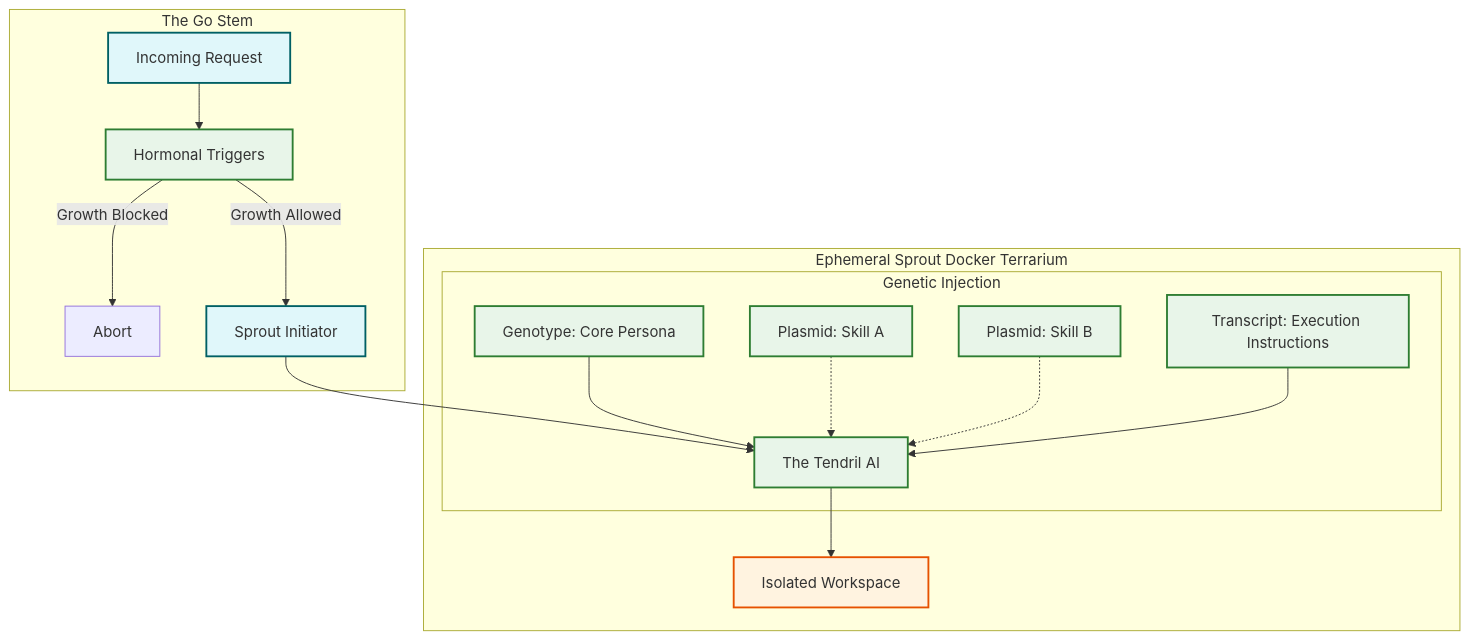
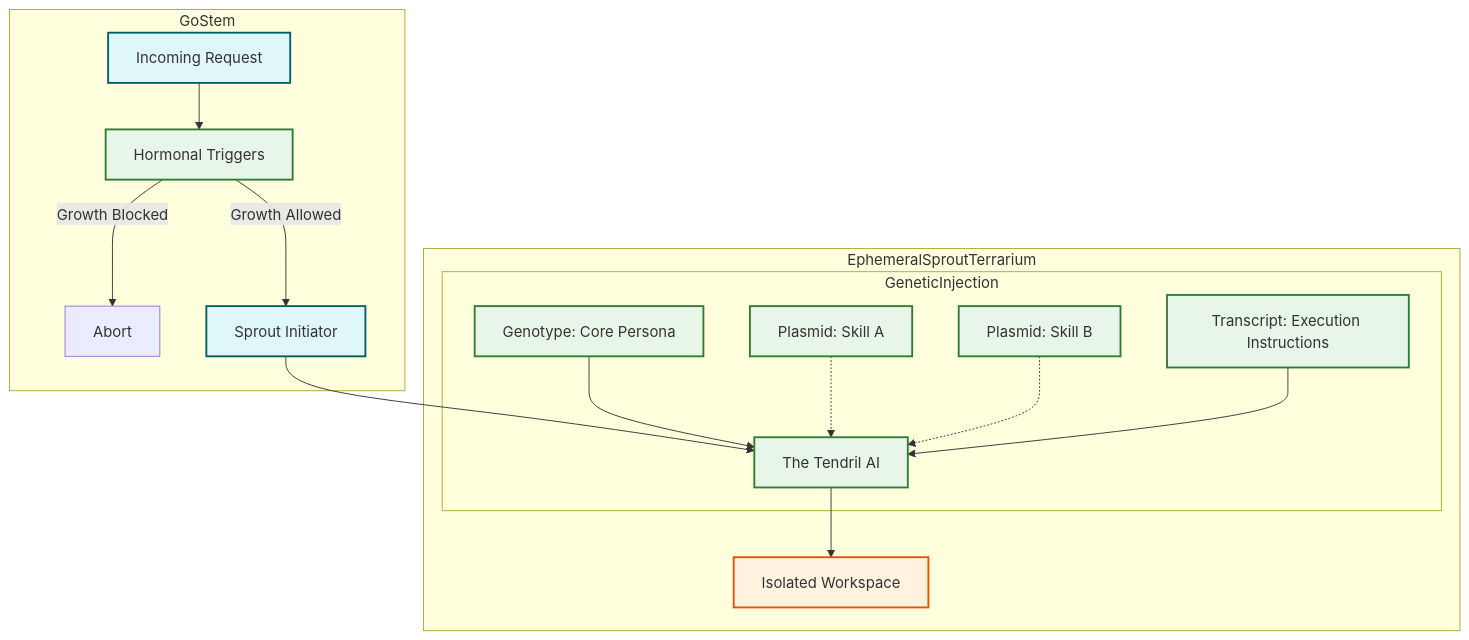
The second of 2 diagrams in SYNTHETIC-TAXONOMY.md (opentendril/opentendril), drawn with Mermaid before and after one commit.

Commit message:
docs: use most basic mermaid subgraph syntax for universal compatibility (#134)
* docs: use most basic mermaid subgraph syntax for universal compatibility

* docs: remove underscores from mermaid syntax per user request

````diff
--- a/SYNTHETIC-TAXONOMY.md
+++ b/SYNTHETIC-TAXONOMY.md
@@ -126,29 +126,29 @@
 ```mermaid
 graph TD
-    subgraph stem [The Go Stem]
+    subgraph GoStem
         API[Incoming Request] --> HT[Hormonal Triggers]
         HT -- Growth Blocked --> Abort
         HT -- Growth Allowed --> OS[Sprout Initiator]
     end
 
-    subgraph sprout [Ephemeral Sprout Docker Terrarium]
+    subgraph EphemeralSproutTerrarium
         OS --> T[The Tendril AI]
         
-        subgraph genetics [Genetic Injection]
+        subgraph GeneticInjection
             G[Genotype: Core Persona] --> T
             P1[Plasmid: Skill A] -.-> T
             P2[Plasmid: Skill B] -.-> T
             TR[Transcript: Execution Instructions] --> T
         end
         
         T --> Env[Isolated Workspace]
     end
 
     classDef biological fill:#e8f5e9,stroke:#2e7d32,stroke-width:2px;
     classDef stem fill:#e0f7fa,stroke:#006064,stroke-width:2px;
     classDef sprout fill:#fff3e0,stroke:#e65100,stroke-width:2px;
     
     class G,P1,P2,TR,HT,T biological;
     class API,OS stem;
     class Env sprout;
 ```
````
